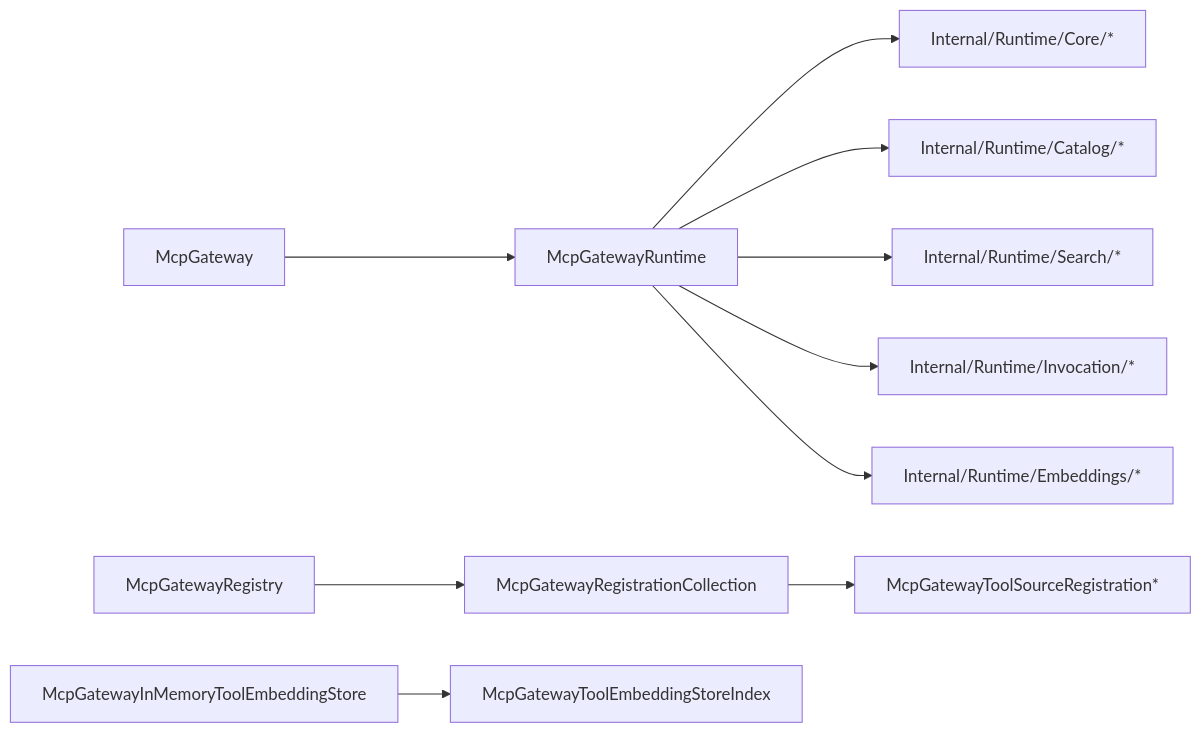
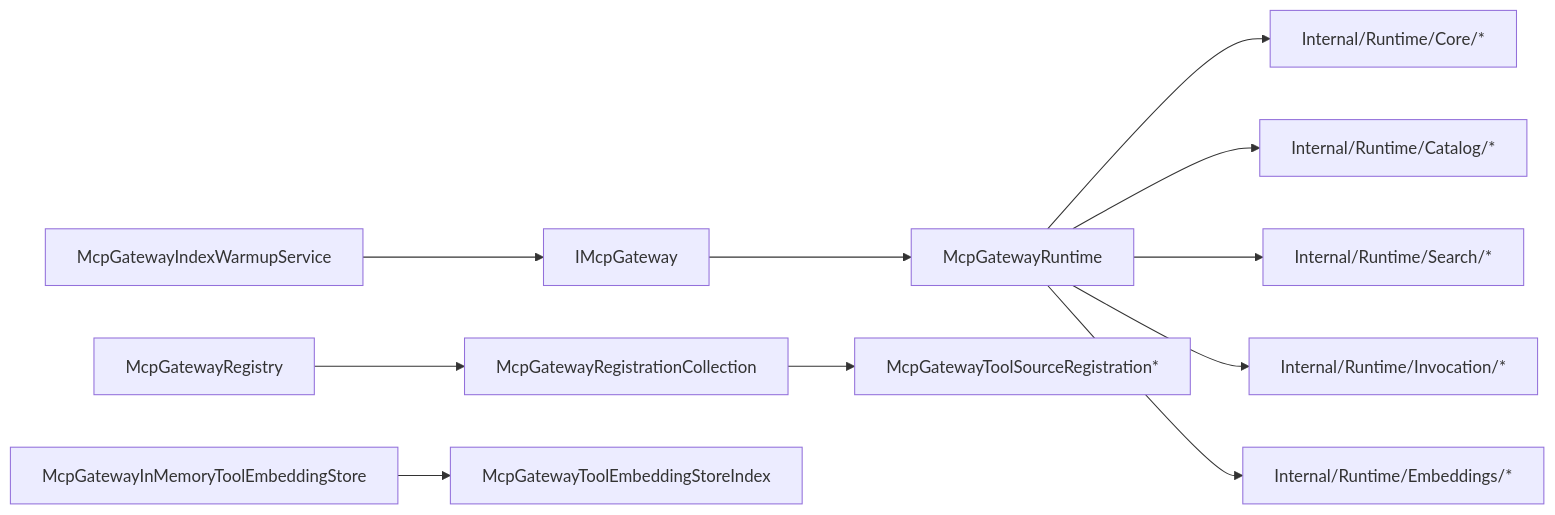
One commit to pokshiu/MCPGateway changed the third of 3 diagrams in docs/Architecture/Overview.md. Above: the diagram before and after it, drawn with Mermaid. The commit also changed other lines of this file and 4 other files, not shown here.

Commit message:
Document gateway architecture and README guidance

````diff
--- a/docs/Architecture/Overview.md
+++ b/docs/Architecture/Overview.md
@@ -59,12 +62,13 @@
 ```mermaid
 flowchart LR
     McpGateway["McpGateway"] --> McpGatewayRuntime["McpGatewayRuntime"]
     McpGatewayRuntime --> RuntimeCore["Internal/Runtime/Core/*"]
     McpGatewayRuntime --> RuntimeCatalog["Internal/Runtime/Catalog/*"]
     McpGatewayRuntime --> RuntimeSearch["Internal/Runtime/Search/*"]
     McpGatewayRuntime --> RuntimeInvocation["Internal/Runtime/Invocation/*"]
     McpGatewayRuntime --> RuntimeEmbeddings["Internal/Runtime/Embeddings/*"]
     Registry["McpGatewayRegistry"] --> RegistrationCollection["McpGatewayRegistrationCollection"]
     RegistrationCollection --> SourceRegistrations["McpGatewayToolSourceRegistration*"]
+    Warmup["McpGatewayIndexWarmupService"] --> McpGateway["IMcpGateway"]
     InMemoryStore["McpGatewayInMemoryToolEmbeddingStore"] --> StoreIndex["McpGatewayToolEmbeddingStoreIndex"]
 ```
````
